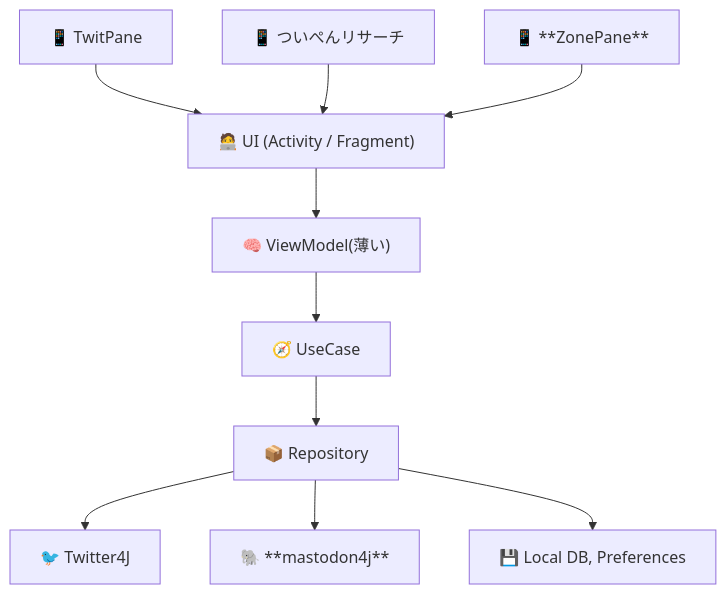
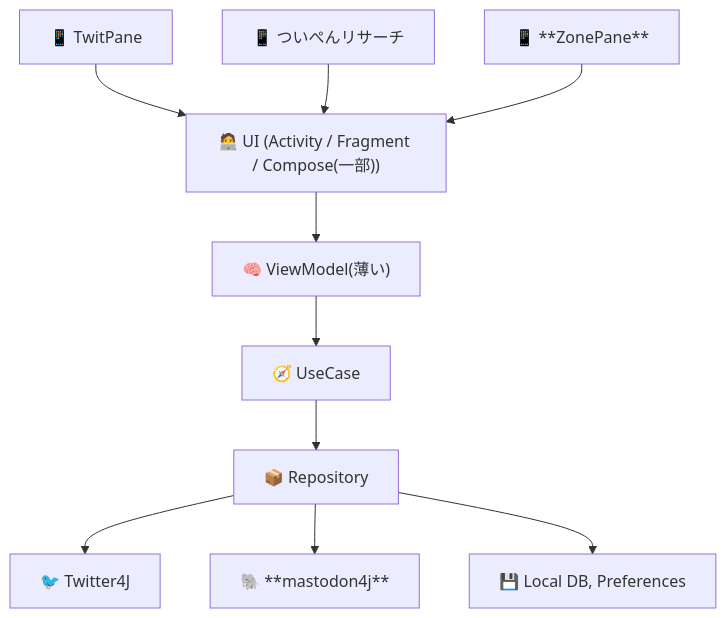
The second of 5 diagrams in twitpane.md (takke/mermaid_exam), drawn with Mermaid before and after one commit. The commit also changed other lines of this file, not shown here.

````diff
--- a/twitpane.md
+++ b/twitpane.md
@@ -24,22 +24,22 @@
 ```mermaid
 flowchart TD
   TP["📱 TwitPane"]
   TPR["📱 ついぺんリサーチ"]
   ZP["📱 **ZonePane**"]
-  UI["🧑‍💻 UI (Activity / Fragment)"]
+  UI["🧑‍💻 UI (Activity / Fragment / Compose(一部))"]
   VM["🧠 ViewModel(薄い)"]
   UC["🧭 UseCase"]
   RP["📦 Repository"]
   TW["🐦 Twitter4J"]
   MA["🐘 **mastodon4j**"]
   DB["💾 Local DB, Preferences"]
 
   TP --> UI
   TPR --> UI
   ZP --> UI
   UI --> VM --> UC --> RP
   RP --> TW
   RP --> MA
   RP --> DB
 
 ```
````
